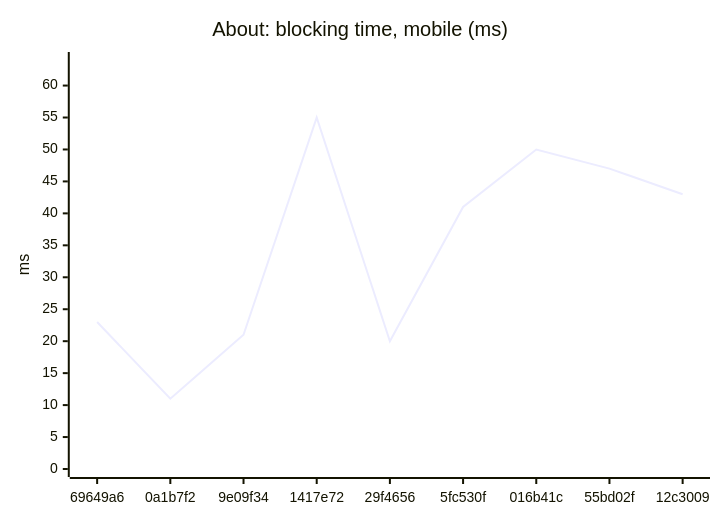
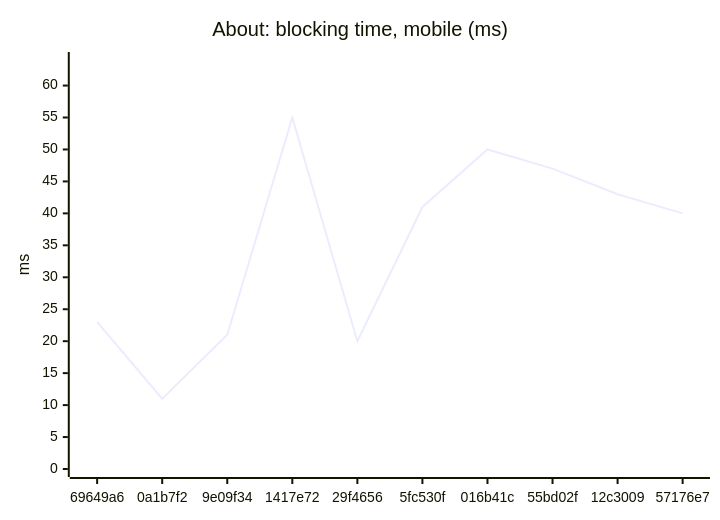
One commit to AxelUser/maltsev.space changed the sixth of 18 diagrams in README.md. Above: the diagram before and after it, drawn with Mermaid. The commit also changed other lines of this file and 1 other file, not shown here.

````diff
--- a/README.md
+++ b/README.md
@@ -79,7 +79,7 @@
 ```mermaid
 xychart-beta
   title "About: blocking time, mobile (ms)"
-  x-axis ["69649a6", "0a1b7f2", "9e09f34", "1417e72", "29f4656", "5fc530f", "016b41c", "55bd02f", "12c3009"]
+  x-axis ["69649a6", "0a1b7f2", "9e09f34", "1417e72", "29f4656", "5fc530f", "016b41c", "55bd02f", "12c3009", "57176e7"]
   y-axis "ms" 0 --> 64
-  line [23, 11, 21, 55, 20, 41, 50, 47, 43]
+  line [23, 11, 21, 55, 20, 41, 50, 47, 43, 40]
 ```
````
